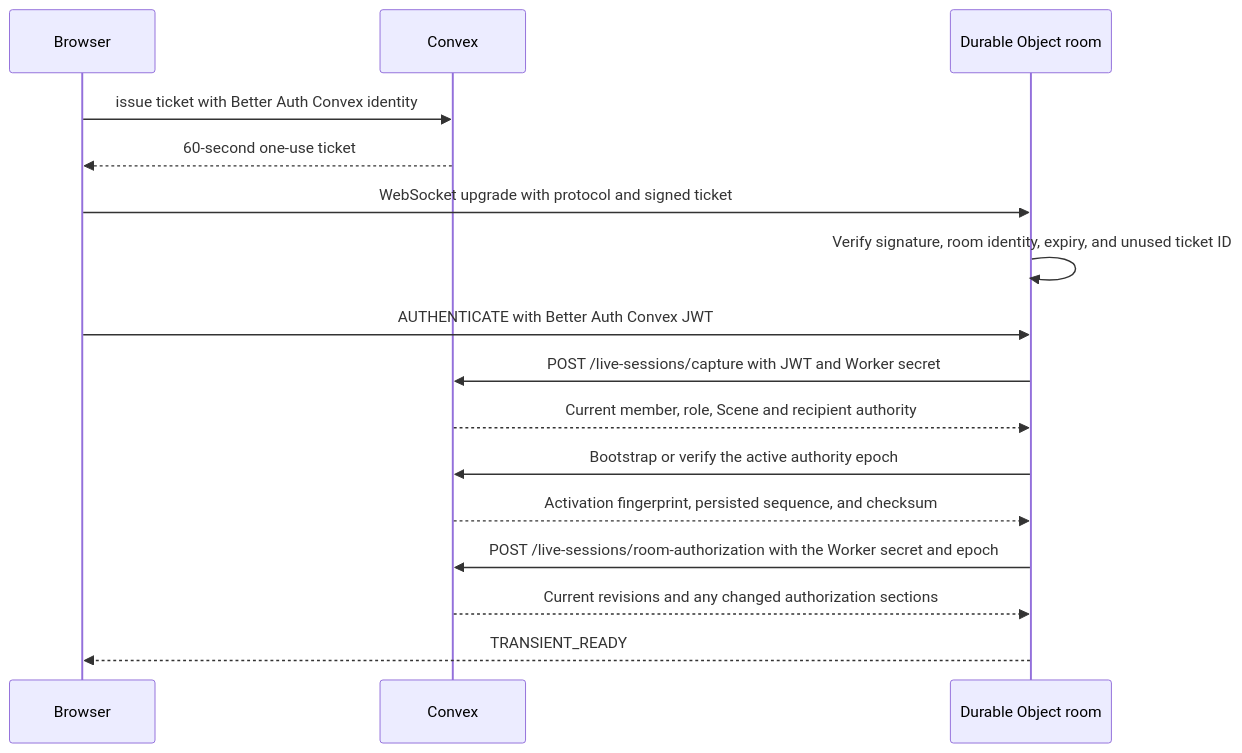
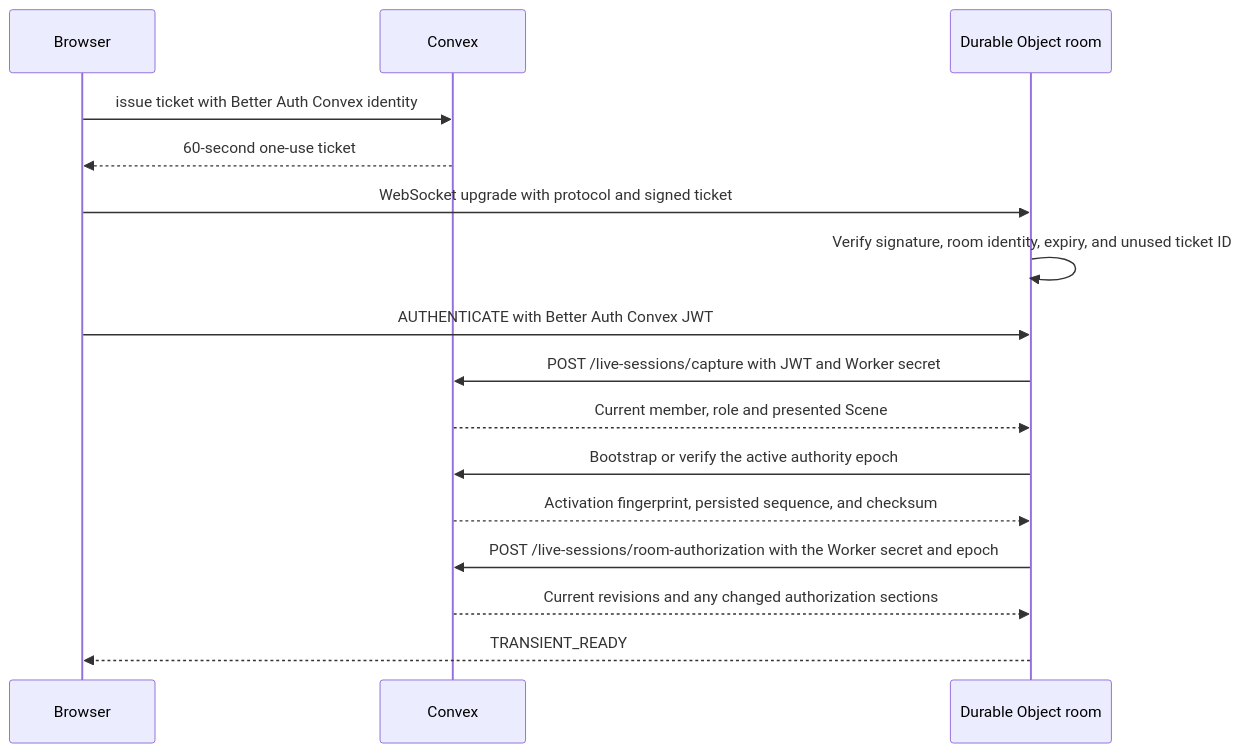
The third of 3 diagrams in docs/architecture/live-sessions.md (MPiland/artificer-toolkit), drawn with Mermaid before and after one commit. The commit also changed other lines of this file and 277 other files, not shown here.

````diff
--- a/docs/architecture/live-sessions.md
+++ b/docs/architecture/live-sessions.md
@@ -384,19 +394,19 @@
 ```mermaid
 sequenceDiagram
   participant Browser
   participant Convex
   participant Room as Durable Object room
 
   Browser->>Convex: issue ticket with Better Auth Convex identity
   Convex-->>Browser: 60-second one-use ticket
   Browser->>Room: WebSocket upgrade with protocol and signed ticket
   Room->>Room: Verify signature, room identity, expiry, and unused ticket ID
   Browser->>Room: AUTHENTICATE with Better Auth Convex JWT
   Room->>Convex: POST /live-sessions/capture with JWT and Worker secret
-  Convex-->>Room: Current member, role, Scene and recipient authority
+  Convex-->>Room: Current member, role and presented Scene
   Room->>Convex: Bootstrap or verify the active authority epoch
   Convex-->>Room: Activation fingerprint, persisted sequence, and checksum
   Room->>Convex: POST /live-sessions/room-authorization with the Worker secret and epoch
   Convex-->>Room: Current revisions and any changed authorization sections
   Room-->>Browser: TRANSIENT_READY
 ```
````
